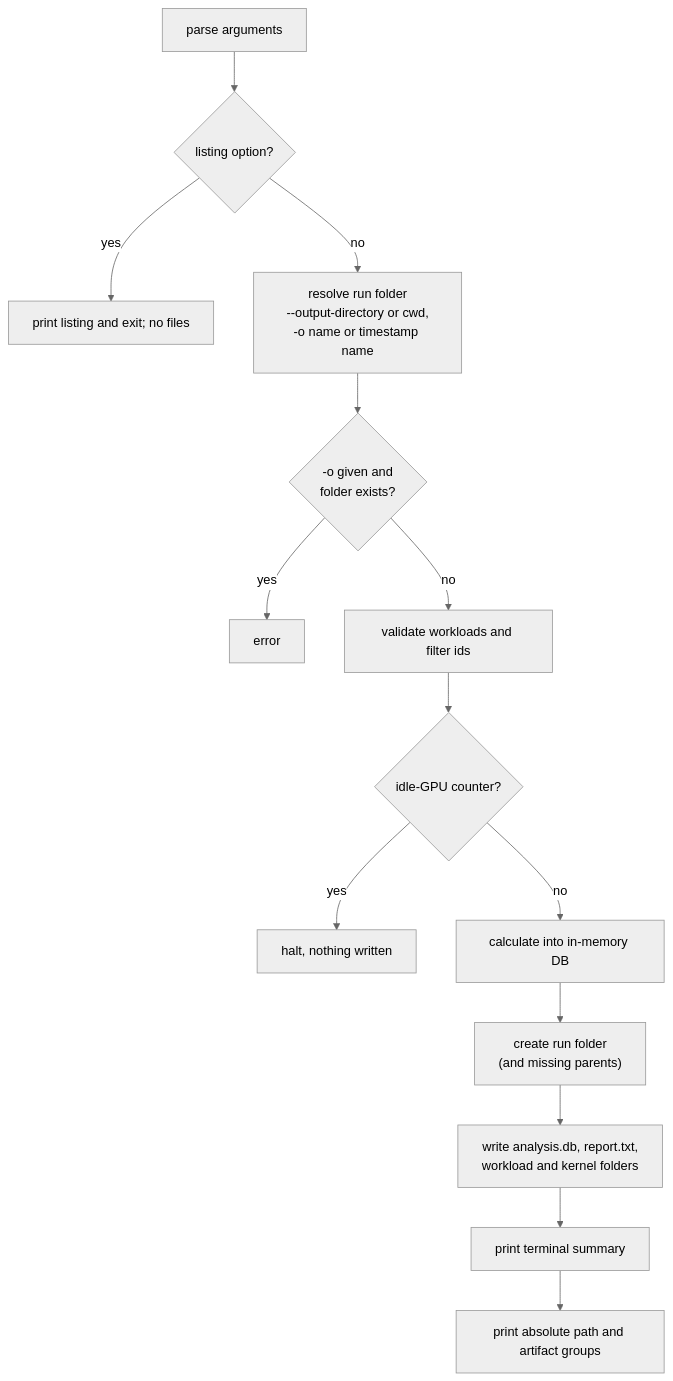
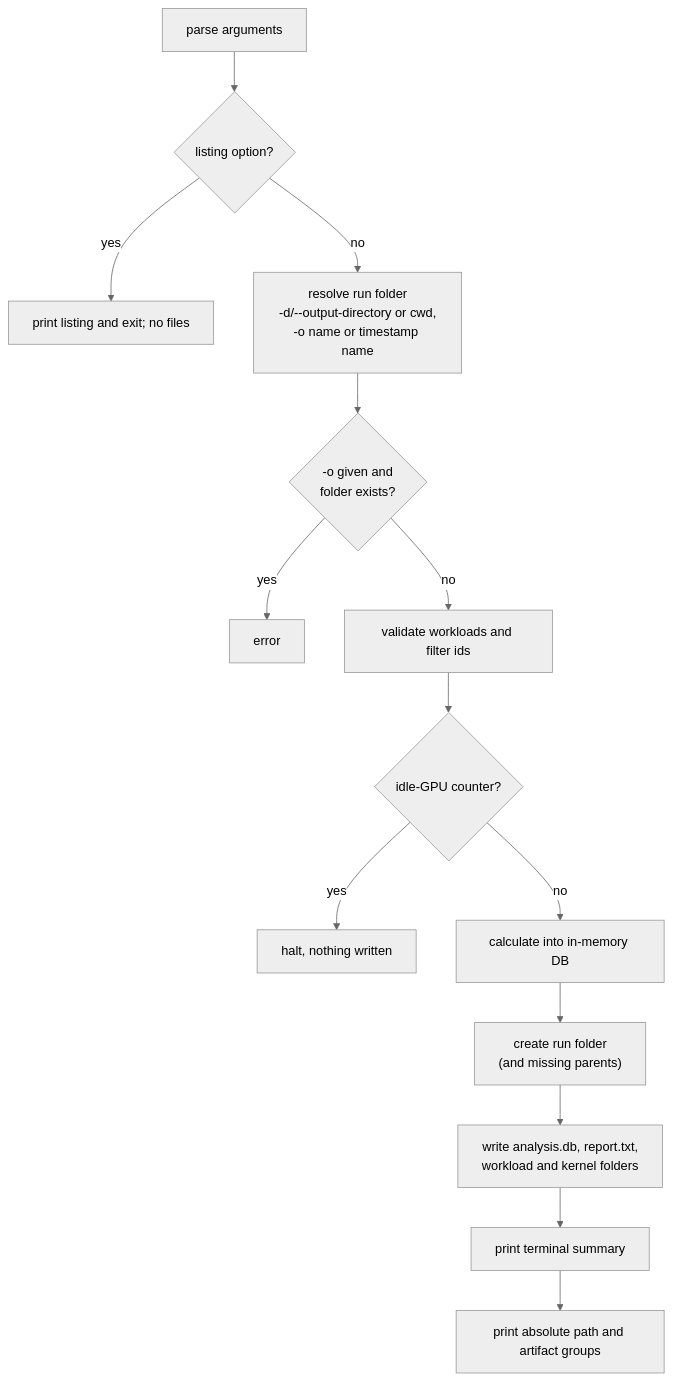
One commit to ROCm/rocm-systems changed the third of 3 diagrams in projects/rocprofiler-compute/docs/design/hld-analyze-unified-output.md. Above: the diagram before and after it, drawn with Mermaid (neutral theme). The commit also changed other lines of this file, not shown here.

````diff
--- a/projects/rocprofiler-compute/docs/design/hld-analyze-unified-output.md
+++ b/projects/rocprofiler-compute/docs/design/hld-analyze-unified-output.md
@@ -248,16 +248,16 @@
 ```mermaid
 flowchart TD
     A[parse arguments] --> L{listing option?}
     L -->|yes| P[print listing and exit; no files]
-    L -->|no| R["resolve run folder<br/>--output-directory or cwd,<br/>-o name or timestamp name"]
+    L -->|no| R["resolve run folder<br/>-d/--output-directory or cwd,<br/>-o name or timestamp name"]
     R --> X{"-o given and<br/>folder exists?"}
     X -->|yes| E1[error]
     X -->|no| V["validate workloads and filter ids"]
     V --> G{"idle-GPU counter?"}
     G -->|yes| E3[halt, nothing written]
     G -->|no| C["calculate into in-memory DB"]
     C --> K["create run folder<br/>(and missing parents)"]
     K --> W["write analysis.db, report.txt,<br/>workload and kernel folders"]
     W --> T["print terminal summary"]
     T --> S["print absolute path and artifact groups"]
 ```
````
